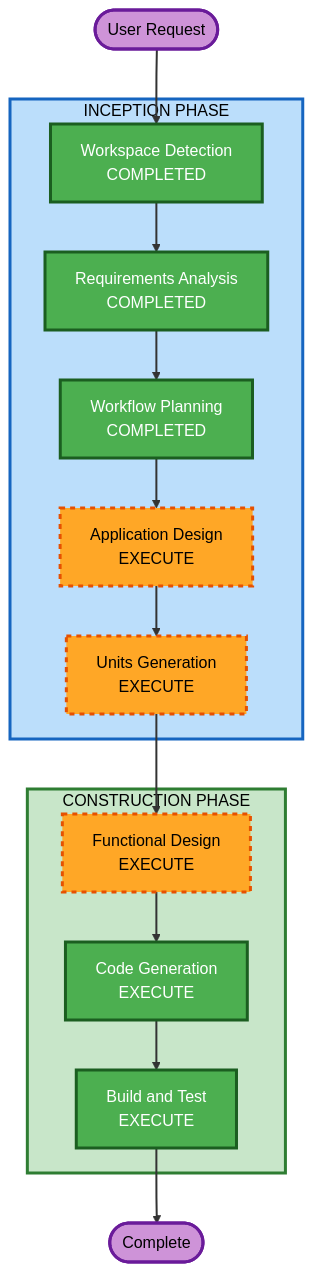
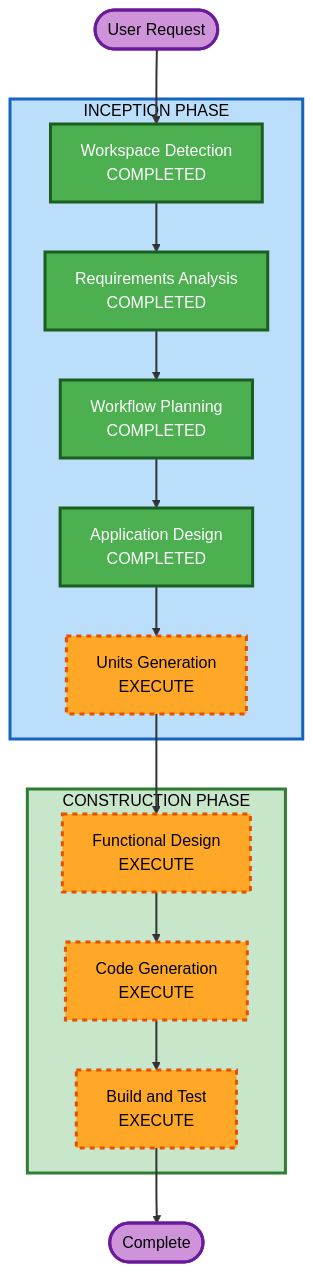
One commit to umaxfun/kiroclaw changed the diagram in aidlc-docs/inception/plans/execution-plan.md. Above: the diagram before and after it, drawn with Mermaid. The commit also changed other lines of this file and 8 other files, not shown here.

First line of the commit message:
docs: Add Kiro CLI agent config experiments and architecture updates

````diff
--- a/aidlc-docs/inception/plans/execution-plan.md
+++ b/aidlc-docs/inception/plans/execution-plan.md
@@ -19,43 +19,43 @@
 ```mermaid
 flowchart TD
     Start(["User Request"])
     
     subgraph INCEPTION["INCEPTION PHASE"]
         WD["Workspace Detection<br/>COMPLETED"]
         RA["Requirements Analysis<br/>COMPLETED"]
         WP["Workflow Planning<br/>COMPLETED"]
-        AD["Application Design<br/>EXECUTE"]
+        AD["Application Design<br/>COMPLETED"]
         UG["Units Generation<br/>EXECUTE"]
     end
     
     subgraph CONSTRUCTION["CONSTRUCTION PHASE"]
         FD["Functional Design<br/>EXECUTE"]
         CG["Code Generation<br/>EXECUTE"]
         BT["Build and Test<br/>EXECUTE"]
     end
     
     Start --> WD
     WD --> RA
     RA --> WP
     WP --> AD
     AD --> UG
     UG --> FD
     FD --> CG
     CG --> BT
     BT --> End(["Complete"])
 
     style WD fill:#4CAF50,stroke:#1B5E20,stroke-width:3px,color:#fff
     style RA fill:#4CAF50,stroke:#1B5E20,stroke-width:3px,color:#fff
     style WP fill:#4CAF50,stroke:#1B5E20,stroke-width:3px,color:#fff
-    style AD fill:#FFA726,stroke:#E65100,stroke-width:3px,stroke-dasharray: 5 5,color:#000
+    style AD fill:#4CAF50,stroke:#1B5E20,stroke-width:3px,color:#fff
     style UG fill:#FFA726,stroke:#E65100,stroke-width:3px,stroke-dasharray: 5 5,color:#000
     style FD fill:#FFA726,stroke:#E65100,stroke-width:3px,stroke-dasharray: 5 5,color:#000
-    style CG fill:#4CAF50,stroke:#1B5E20,stroke-width:3px,color:#fff
-    style BT fill:#4CAF50,stroke:#1B5E20,stroke-width:3px,color:#fff
+    style CG fill:#FFA726,stroke:#E65100,stroke-width:3px,stroke-dasharray: 5 5,color:#000
+    style BT fill:#FFA726,stroke:#E65100,stroke-width:3px,stroke-dasharray: 5 5,color:#000
     style Start fill:#CE93D8,stroke:#6A1B9A,stroke-width:3px,color:#000
     style End fill:#CE93D8,stroke:#6A1B9A,stroke-width:3px,color:#000
     style INCEPTION fill:#BBDEFB,stroke:#1565C0,stroke-width:3px,color:#000
     style CONSTRUCTION fill:#C8E6C9,stroke:#2E7D32,stroke-width:3px,color:#000
 
     linkStyle default stroke:#333,stroke-width:2px
 ```
````
